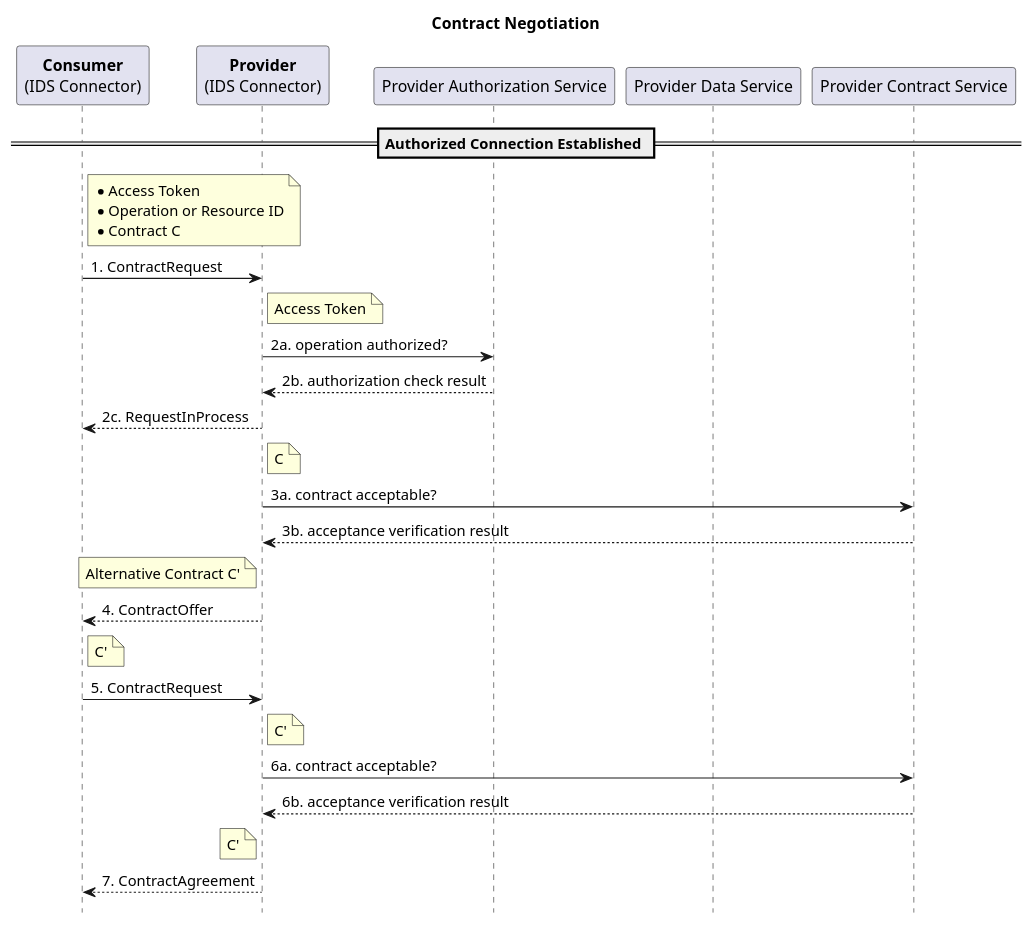
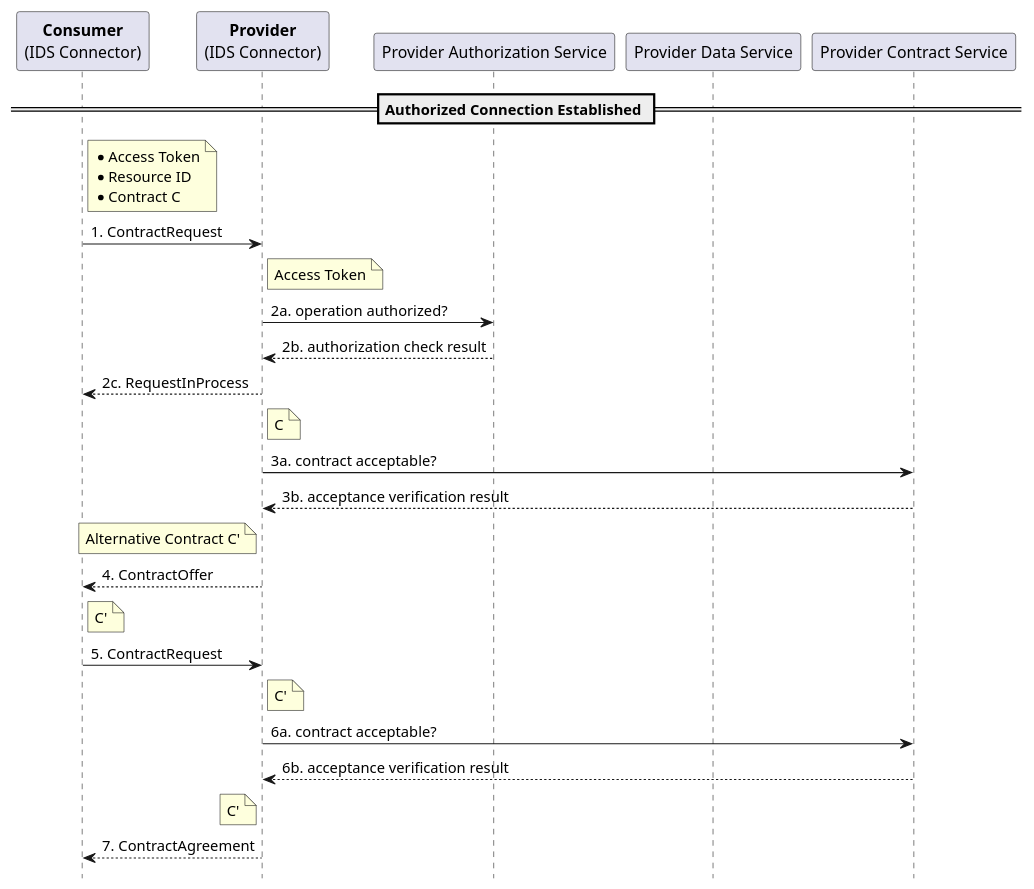
One commit to IndustrialDataSpace/Documentation changed the diagram in contract_negotiation.plantuml. Above: the diagram before and after it, drawn with PlantUML. The commit also changed 3 other files, not shown here.

```diff
--- a/contract_negotiation.plantuml
+++ b/contract_negotiation.plantuml
@@ -1,41 +1,39 @@
 @startuml
 
 hide footbox
-
-title Contract Negotiation
 
 participant "**Consumer**\n(IDS Connector)" as C
 participant "**Provider**\n(IDS Connector)" as P
 participant "Provider Authorization Service" as PAS
 participant "Provider Data Service" as PDS
 participant "Provider Contract Service" as PCS
 
 == Authorized Connection Established ==
 
-note right of C: *Access Token\n*Operation or Resource ID\n*Contract C
+note right of C: *Access Token\n*Resource ID\n*Contract C
 C -> P: 1. ContractRequest
 
 note right of P: Access Token
 P -> PAS: 2a. operation authorized?
 P <-- PAS: 2b. authorization check result
 
 C <-- P: 2c. RequestInProcess
 
 note right of P: C
 P -> PCS: 3a. contract acceptable?
 P <-- PCS: 3b. acceptance verification result
 
 note left of P: Alternative Contract C'
 P --> C: 4. ContractOffer
 
 note right of C: C'
 C -> P: 5. ContractRequest
 
 note right of P: C'
 P -> PCS: 6a. contract acceptable?
 P <-- PCS: 6b. acceptance verification result
 
 note left of P: C'
 P --> C: 7. ContractAgreement
 
 @enduml
```
